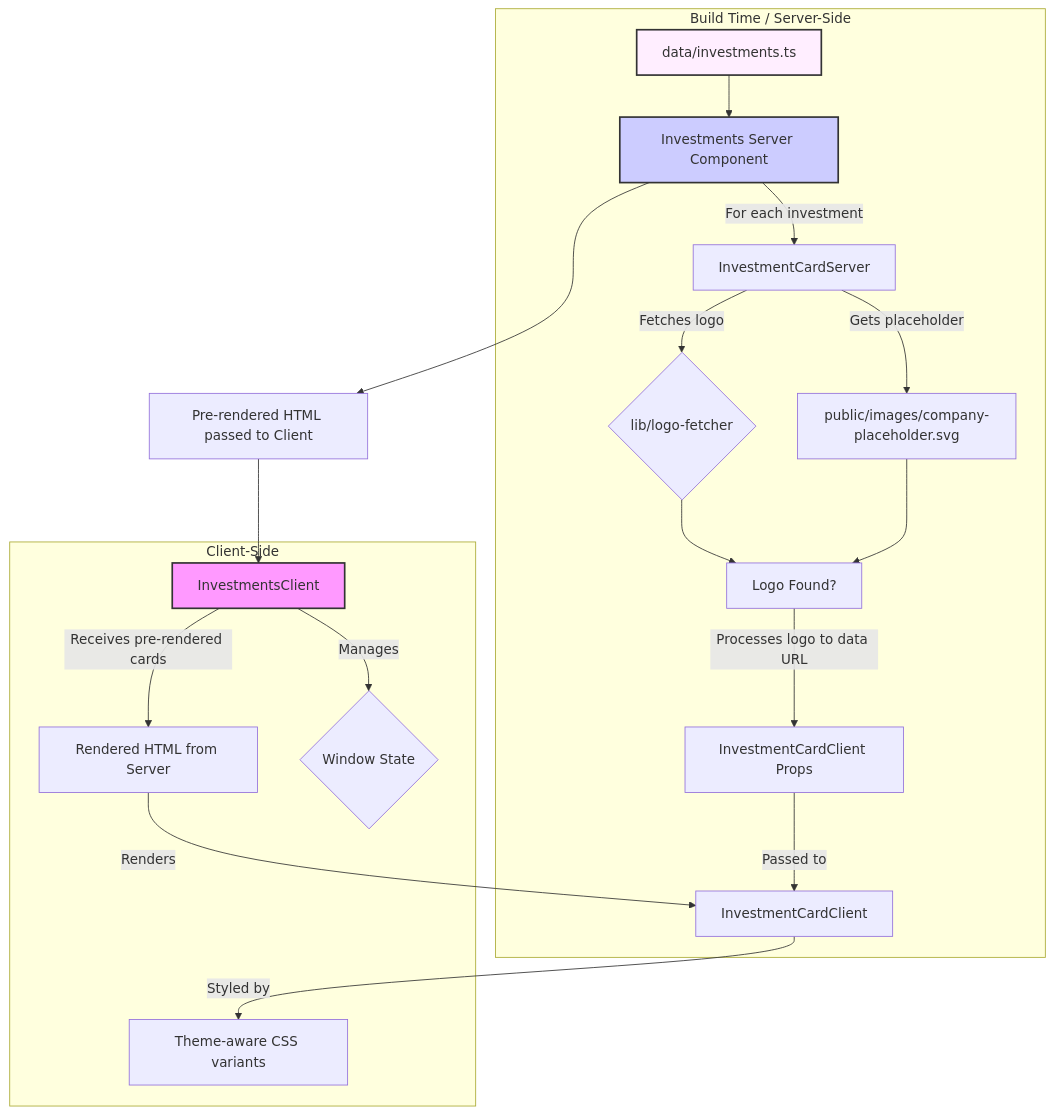
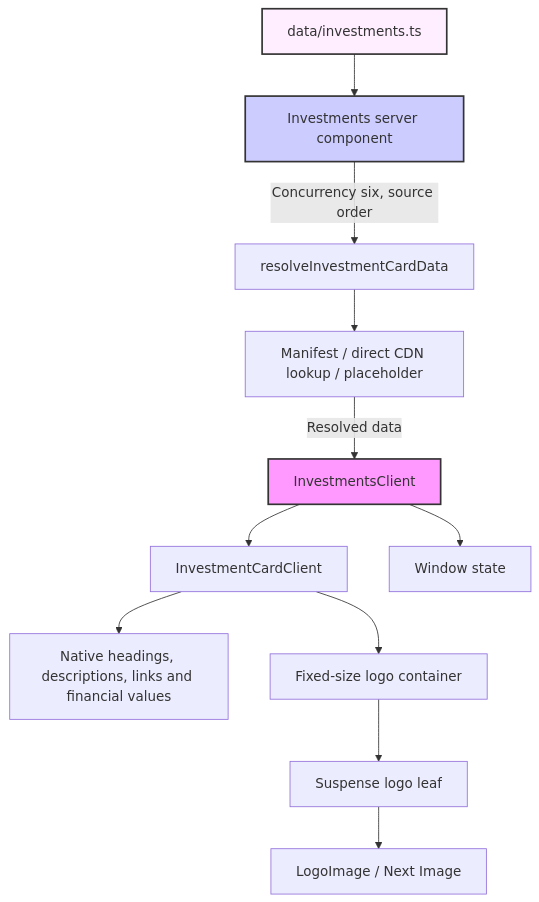
One commit to WilliamAGH/williamcallahan.com changed the diagram in docs/features/investments.mmd. Above: the diagram before and after it, drawn with Mermaid. The commit also changed 5 other files, not shown here.

First line of the commit message:
fix(investments): partition logo markup out of the blocking shell

```diff
--- a/docs/features/investments.mmd
+++ b/docs/features/investments.mmd
@@ -1,25 +1,15 @@
 graph TD
-    subgraph "Build Time / Server-Side"
-        A[data/investments.ts] --> B[Investments Server Component];
-        B -- "For each investment" --> C[InvestmentCardServer];
-        C -- "Fetches logo" --> D{lib/logo-fetcher};
-        C -- "Gets placeholder" --> E[public/images/company-placeholder.svg];
-        D --> F[Logo Found?];
-        E --> F;
-        F -- "Processes logo to data URL" --> G[InvestmentCardClient Props];
-        G -- "Passed to" --> H[InvestmentCardClient];
-    end
-
-    subgraph "Client-Side"
-        I[InvestmentsClient] -- "Receives pre-rendered cards" --> J[Rendered HTML from Server];
-        J -- "Renders" --> H;
-        H -- "Styled by" --> K[Theme-aware CSS variants];
-        I -- "Manages" --> L{Window State};
-    end
-
-    B --> M["Pre-rendered HTML passed to Client"];
-    M --> I;
+    A[data/investments.ts] --> B[Investments server component];
+    B -- "Concurrency six, source order" --> C[resolveInvestmentCardData];
+    C --> D[Manifest / direct CDN lookup / placeholder];
+    D -- "Resolved data" --> I[InvestmentsClient];
+    I --> H[InvestmentCardClient];
+    I --> L[Window state];
+    H --> J[Native headings, descriptions, links and financial values];
+    H --> K[Fixed-size logo container];
+    K --> M[Suspense logo leaf];
+    M --> N[LogoImage / Next Image];
     
     style A fill:#fef,stroke:#333,stroke-width:2px
     style B fill:#ccf,stroke:#333,stroke-width:2px
     style I fill:#f9f,stroke:#333,stroke-width:2px
```
